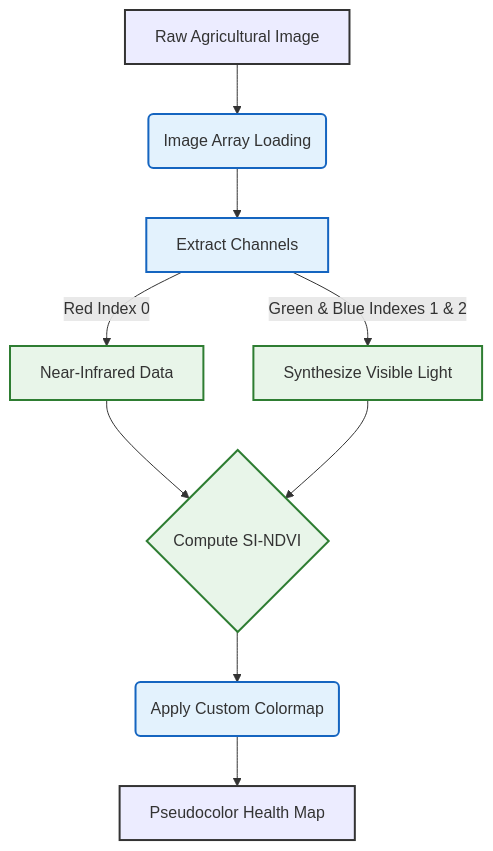
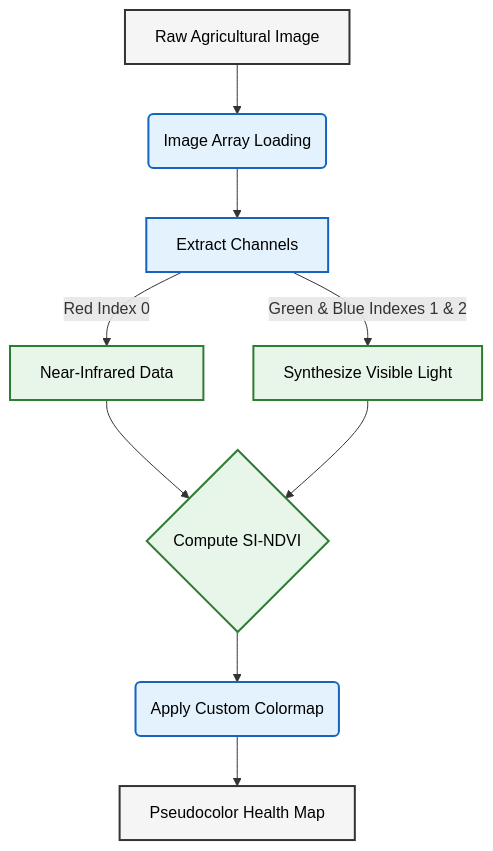
The diagram in README.md (tanishq14/NDVI_Project), drawn with Mermaid before and after one commit.

Commit message:
docs: improvise on processing pipeline for betterunderstanding and clarity

````diff
--- a/README.md
+++ b/README.md
@@ -9,24 +9,24 @@
 ```mermaid
 graph TD
     A[Raw Agricultural Image] --> B(Image Array Loading)
     
     B --> C[Extract Channels]
     
     C -->|Red Index 0| D[Near-Infrared Data]
     C -->|Green & Blue Indexes 1 & 2| E[Synthesize Visible Light]
     
     D --> F{Compute SI-NDVI}
     E --> F
     
     F --> G(Apply Custom Colormap)
     G --> H[Pseudocolor Health Map]
 
-    %% Styling blocks to mimic architectural diagrams
-    classDef input output fill:#f5f5f5,stroke:#333,stroke-width:2px;
-    classDef process fill:#e3f2fd,stroke:#1565c0,stroke-width:2px;
-    classDef compute fill:#e8f5e9,stroke:#2e7d32,stroke-width:2px;
+    
+    classDef input fill:#f5f5f5,stroke:#333,stroke-width:2px,color:#000;
+    classDef process fill:#e3f2fd,stroke:#1565c0,stroke-width:2px,color:#000;
+    classDef compute fill:#e8f5e9,stroke:#2e7d32,stroke-width:2px,color:#000;
 
     class A,H input;
     class B,C,G process;
     class D,E,F compute;
 ```
````
